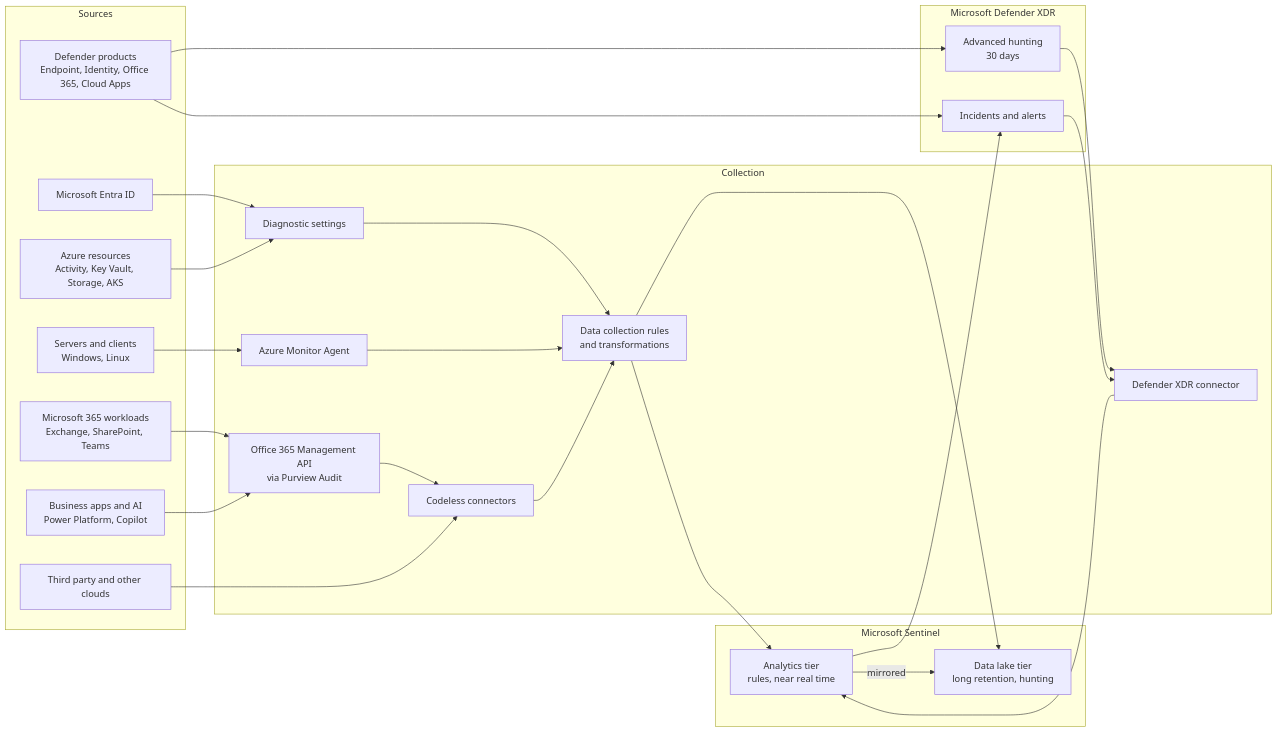
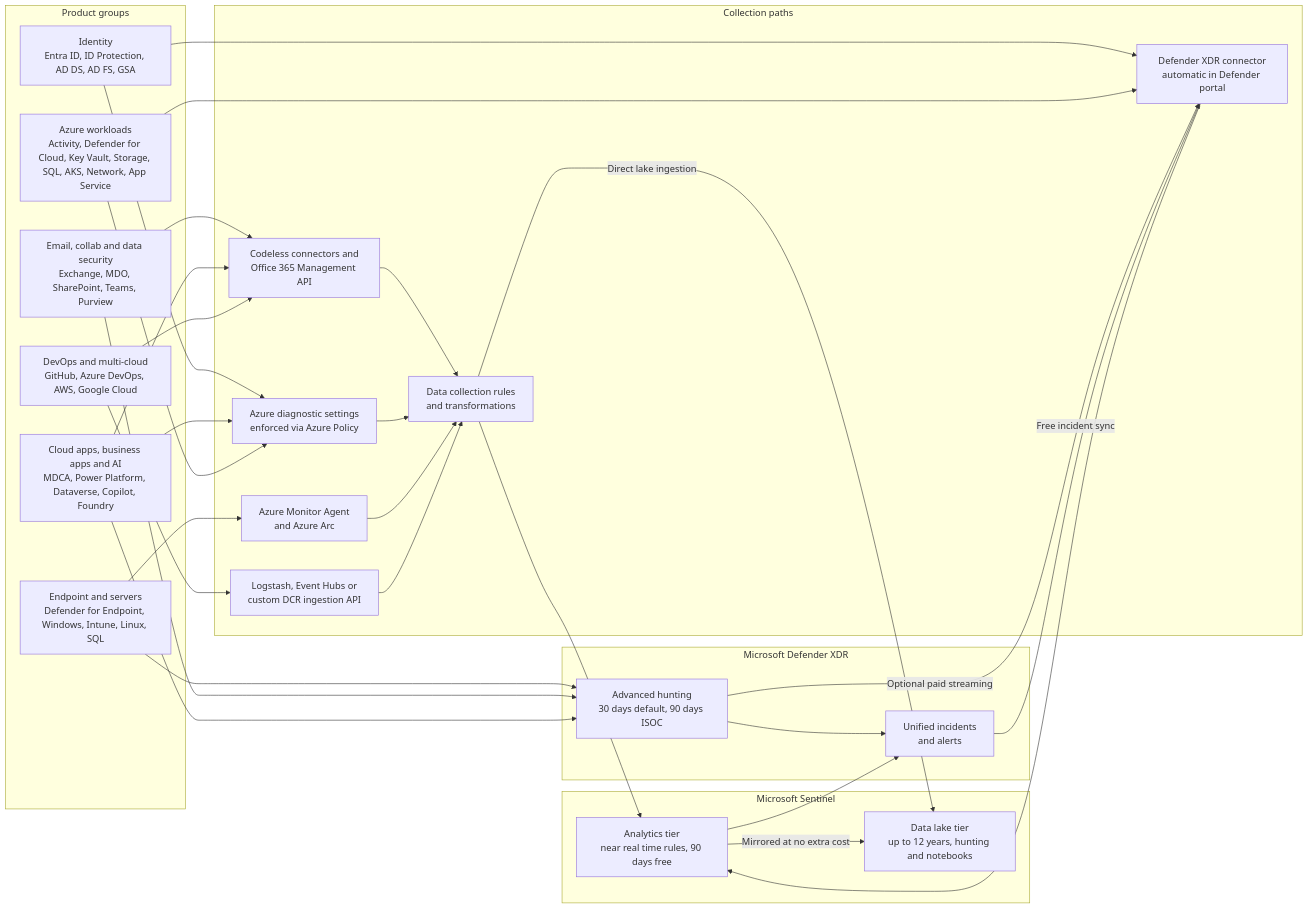
The diagram in docs/architecture.md (jusso-dev/microsoft-security-logging-guide), drawn with Mermaid before and after one commit. The commit also changed other lines of this file and 28 other files, not shown here.

````diff
--- a/docs/architecture.md
+++ b/docs/architecture.md
@@ -5,50 +7,59 @@
 ```mermaid
 flowchart LR
-  subgraph SRC[Sources]
-    M365[Microsoft 365 workloads<br/>Exchange, SharePoint, Teams]
-    DEF[Defender products<br/>Endpoint, Identity, Office 365, Cloud Apps]
-    ENTRA[Microsoft Entra ID]
-    AZ[Azure resources<br/>Activity, Key Vault, Storage, AKS]
-    SRV[Servers and clients<br/>Windows, Linux]
-    SAAS[Business apps and AI<br/>Power Platform, Copilot]
-    OTHER[Third party and other clouds]
+  subgraph SRC[Product groups]
+    ID[Identity<br/>Entra ID, ID Protection, AD DS, AD FS, GSA]
+    EP[Endpoint and servers<br/>Defender for Endpoint, Windows, Intune, Linux, SQL]
+    M365[Email, collab and data security<br/>Exchange, MDO, SharePoint, Teams, Purview]
+    APP[Cloud apps, business apps and AI<br/>MDCA, Power Platform, Dataverse, Copilot, Foundry]
+    AZ[Azure workloads<br/>Activity, Defender for Cloud, Key Vault, Storage, SQL, AKS, Network, App Service]
+    DEV[DevOps and multi-cloud<br/>GitHub, Azure DevOps, AWS, Google Cloud]
   end
 
-  subgraph COLLECT[Collection]
-    XDRC[Defender XDR connector]
-    O365[Office 365 Management API<br/>via Purview Audit]
-    DIAG[Diagnostic settings]
-    AMA[Azure Monitor Agent]
-    CCF[Codeless connectors]
+  subgraph COLLECT[Collection paths]
+    XDRC[Defender XDR connector<br/>automatic in Defender portal]
+    CCF[Codeless connectors and<br/>Office 365 Management API]
+    DIAG[Azure diagnostic settings<br/>enforced via Azure Policy]
+    AMA[Azure Monitor Agent<br/>and Azure Arc]
+    THIRD[Logstash, Event Hubs or<br/>custom DCR ingestion API]
     DCR[Data collection rules<br/>and transformations]
   end
 
   subgraph XDR[Microsoft Defender XDR]
-    AH[Advanced hunting<br/>30 days]
-    INC[Incidents and alerts]
+    AH[Advanced hunting<br/>30 days default, 90 days ISOC]
+    INC[Unified incidents<br/>and alerts]
   end
 
   subgraph SENT[Microsoft Sentinel]
-    AN[Analytics tier<br/>rules, near real time]
-    LAKE[Data lake tier<br/>long retention, hunting]
+    AN[Analytics tier<br/>near real time rules, 90 days free]
+    LAKE[Data lake tier<br/>up to 12 years, hunting and notebooks]
   end
 
-  DEF --> AH
-  DEF --> INC
-  AH --> XDRC
-  INC --> XDRC
+  ID --> DIAG
+  ID --> XDRC
+  EP --> AH
+  EP --> AMA
+  M365 --> CCF
+  M365 --> AH
+  APP --> CCF
+  APP --> DIAG
+  APP --> AH
+  AZ --> DIAG
+  AZ --> XDRC
+  DEV --> CCF
+  DEV --> THIRD
+
+  AH --> INC
+  AH -->|Optional paid streaming| XDRC
+  INC -->|Free incident sync| XDRC
+
   XDRC --> AN
-  M365 --> O365 --> CCF
-  SAAS --> O365
-  ENTRA --> DIAG
-  AZ --> DIAG
-  SRV --> AMA
-  OTHER --> CCF
+  CCF --> DCR
   DIAG --> DCR
   AMA --> DCR
-  CCF --> DCR
+  THIRD --> DCR
+
   DCR --> AN
-  DCR --> LAKE
-  AN -->|mirrored| LAKE
+  DCR -->|Direct lake ingestion| LAKE
+  AN -->|Mirrored at no extra cost| LAKE
   AN --> INC
 ```
````
